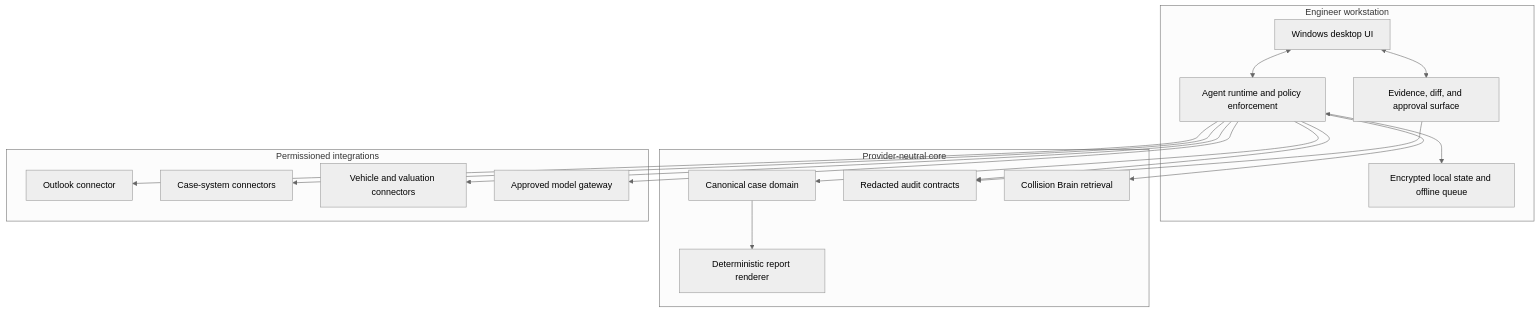
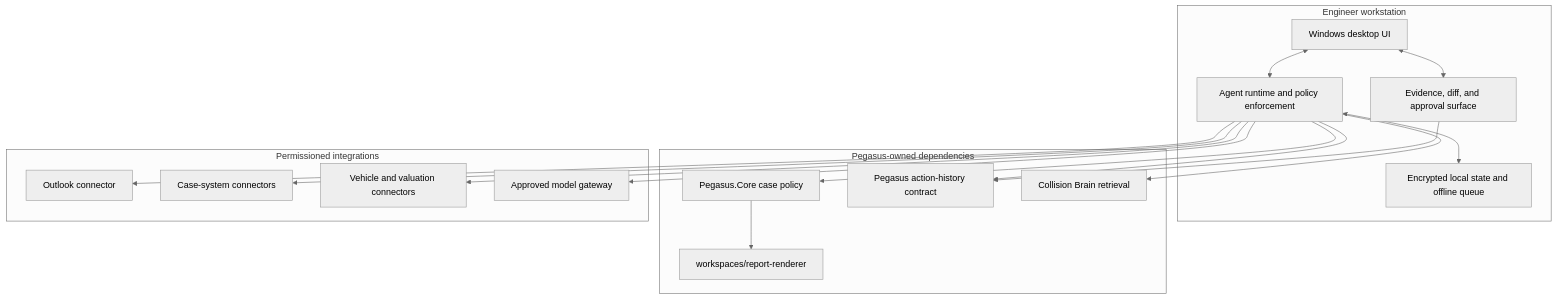
One commit to collisionengineers/pegasus changed the diagram in workspaces/ai-centre/docs/architecture/system-overview.md. Above: the diagram before and after it, drawn with Mermaid (neutral theme). The commit also changed other lines of this file and 5 other files, not shown here.

````diff
--- a/workspaces/ai-centre/docs/architecture/system-overview.md
+++ b/workspaces/ai-centre/docs/architecture/system-overview.md
@@ -9,36 +11,36 @@
 ```mermaid
 flowchart TB
   subgraph Device["Engineer workstation"]
     UI["Windows desktop UI"]
     Review["Evidence, diff, and approval surface"]
     Runtime["Agent runtime and policy enforcement"]
     Local["Encrypted local state and offline queue"]
   end
 
-  subgraph Core["Provider-neutral core"]
-    Case["Canonical case domain"]
-    Report["Deterministic report renderer"]
-    Audit["Redacted audit contracts"]
+  subgraph Core["Pegasus-owned dependencies"]
+    Case["Pegasus.Core case policy"]
+    Report["workspaces/report-renderer"]
+    Audit["Pegasus action-history contract"]
     Brain["Collision Brain retrieval"]
   end
 
   subgraph Integrations["Permissioned integrations"]
     Mail["Outlook connector"]
     Systems["Case-system connectors"]
     Vehicle["Vehicle and valuation connectors"]
     Model["Approved model gateway"]
   end
 
   UI <--> Review
   UI <--> Runtime
   Runtime <--> Local
   Runtime --> Case
   Runtime --> Brain
   Runtime --> Model
   Runtime --> Mail
   Runtime --> Systems
   Runtime --> Vehicle
   Case --> Report
   Runtime --> Audit
   Review --> Audit
 ```
````
